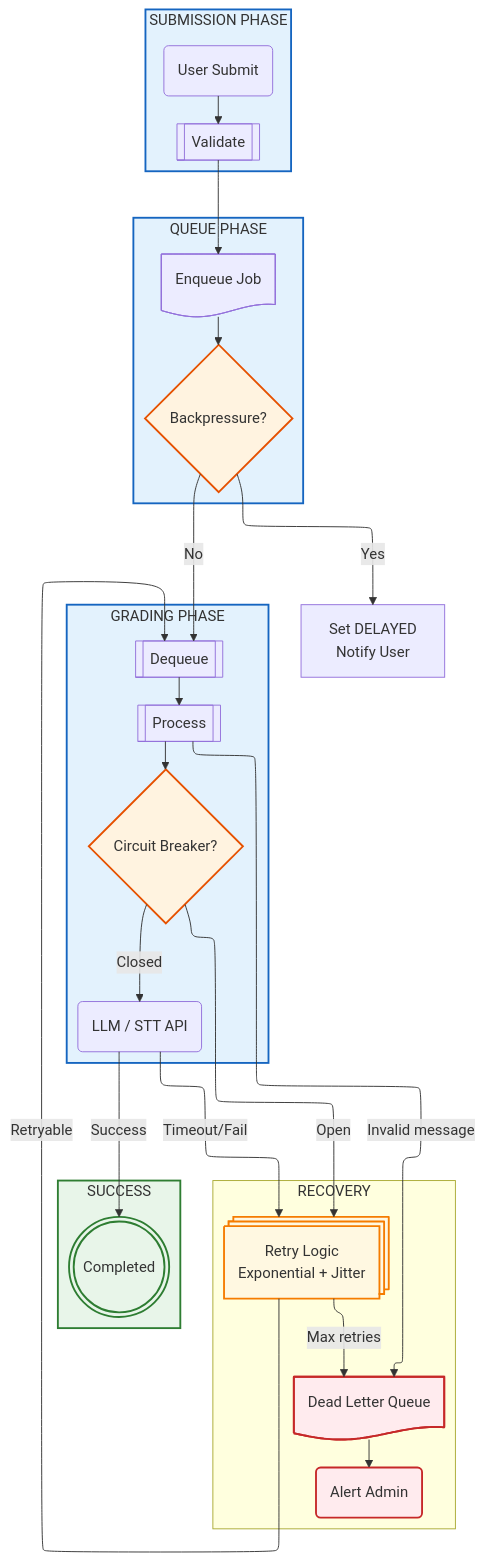
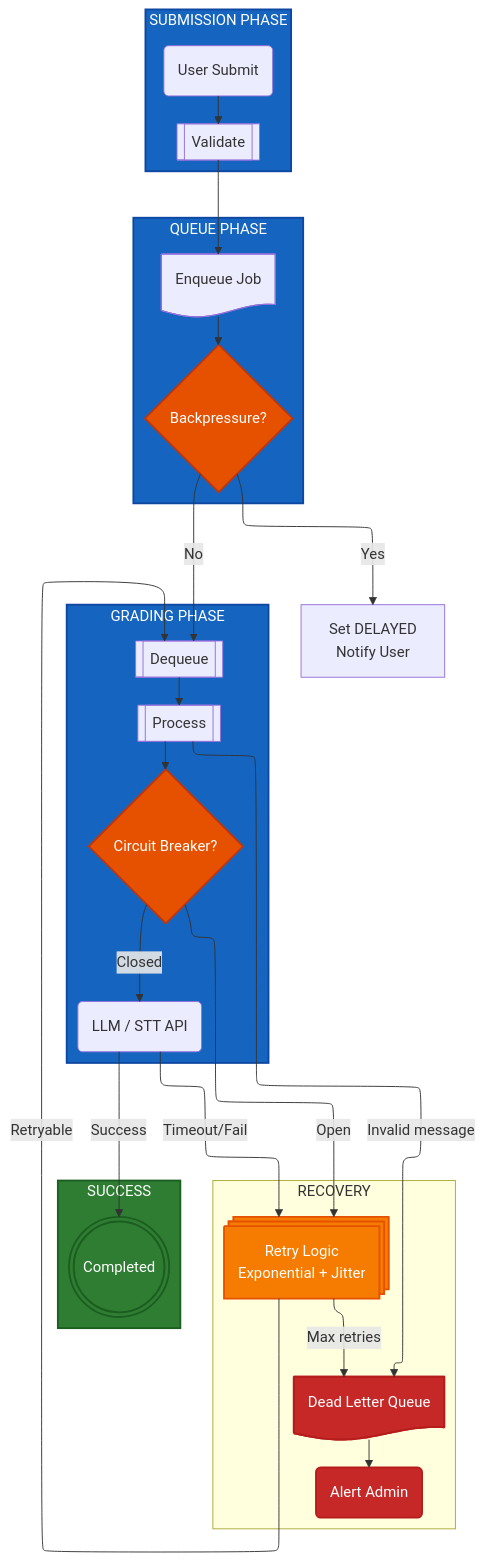
One commit to nghyane/VSTEP changed the third of 12 diagrams in docs/capstone/diagrams/flow-diagrams.vi.md. Above: the diagram before and after it, drawn with Mermaid. The commit also changed other lines of this file, not shown here.

First line of the commit message:
fix(docs): update diagram colors for dark mode compatibility

````diff
--- a/docs/capstone/diagrams/flow-diagrams.vi.md
+++ b/docs/capstone/diagrams/flow-diagrams.vi.md
@@ -140,61 +140,61 @@
 ```mermaid
 ---
 config:
   layout: elk
 ---
 flowchart TB
     subgraph Submission["SUBMISSION PHASE"]
         Submit@{ shape: rounded, label: "User Submit" }
         Validate@{ shape: fr-rect, label: "Validate" }
     end
 
     subgraph QueuePhase["QUEUE PHASE"]
         Enqueue@{ shape: doc, label: "Enqueue Job" }
         Backpressure@{ shape: diam, label: "Backpressure?" }
     end
 
     subgraph Processing["GRADING PHASE"]
         Dequeue@{ shape: fr-rect, label: "Dequeue" }
         Process@{ shape: fr-rect, label: "Process" }
         Circuit@{ shape: diam, label: "Circuit Breaker?" }
         External@{ shape: rounded, label: "LLM / STT API" }
     end
 
     subgraph Recovery["RECOVERY"]
         Retry@{ shape: st-rect, label: "Retry Logic<br/>Exponential + Jitter" }
         DLQ@{ shape: doc, label: "Dead Letter Queue" }
         Alert@{ shape: rounded, label: "Alert Admin" }
     end
 
     subgraph Success["SUCCESS"]
         Complete@{ shape: dbl-circ, label: "Completed" }
     end
 
     Submit --> Validate --> Enqueue --> Backpressure
     Backpressure -->|"No"| Dequeue
     Backpressure -->|"Yes"| Delayed["Set DELAYED<br/>Notify User"]
     
     Dequeue --> Process --> Circuit
     Circuit -->|"Closed"| External
     Circuit -->|"Open"| Retry
     
     External -->|"Success"| Complete
     External -->|"Timeout/Fail"| Retry
     
     Retry -->|"Retryable"| Dequeue
     Retry -->|"Max retries"| DLQ --> Alert
     
     Process -->|"Invalid message"| DLQ
 
-    classDef normal fill:#e3f2fd,stroke:#1565c0,stroke-width:2px
-    classDef decision fill:#fff3e0,stroke:#e65100,stroke-width:2px
-    classDef warning fill:#fff8e1,stroke:#f57c00,stroke-width:2px
-    classDef error fill:#ffebee,stroke:#c62828,stroke-width:2px
-    classDef success fill:#e8f5e9,stroke:#2e7d32,stroke-width:2px
+    classDef normal fill:#1565c0,stroke:#0d47a1,stroke-width:2px,color:#fff
+    classDef decision fill:#e65100,stroke:#bf360c,stroke-width:2px,color:#fff
+    classDef warning fill:#f57c00,stroke:#e65100,stroke-width:2px,color:#fff
+    classDef error fill:#c62828,stroke:#b71c1c,stroke-width:2px,color:#fff
+    classDef success fill:#2e7d32,stroke:#1b5e20,stroke-width:2px,color:#fff
 
     class Submission,QueuePhase,Processing normal
     class Backpressure,Circuit decision
     class Retry warning
     class DLQ,Alert error
     class Success,Complete success
 ```
````
